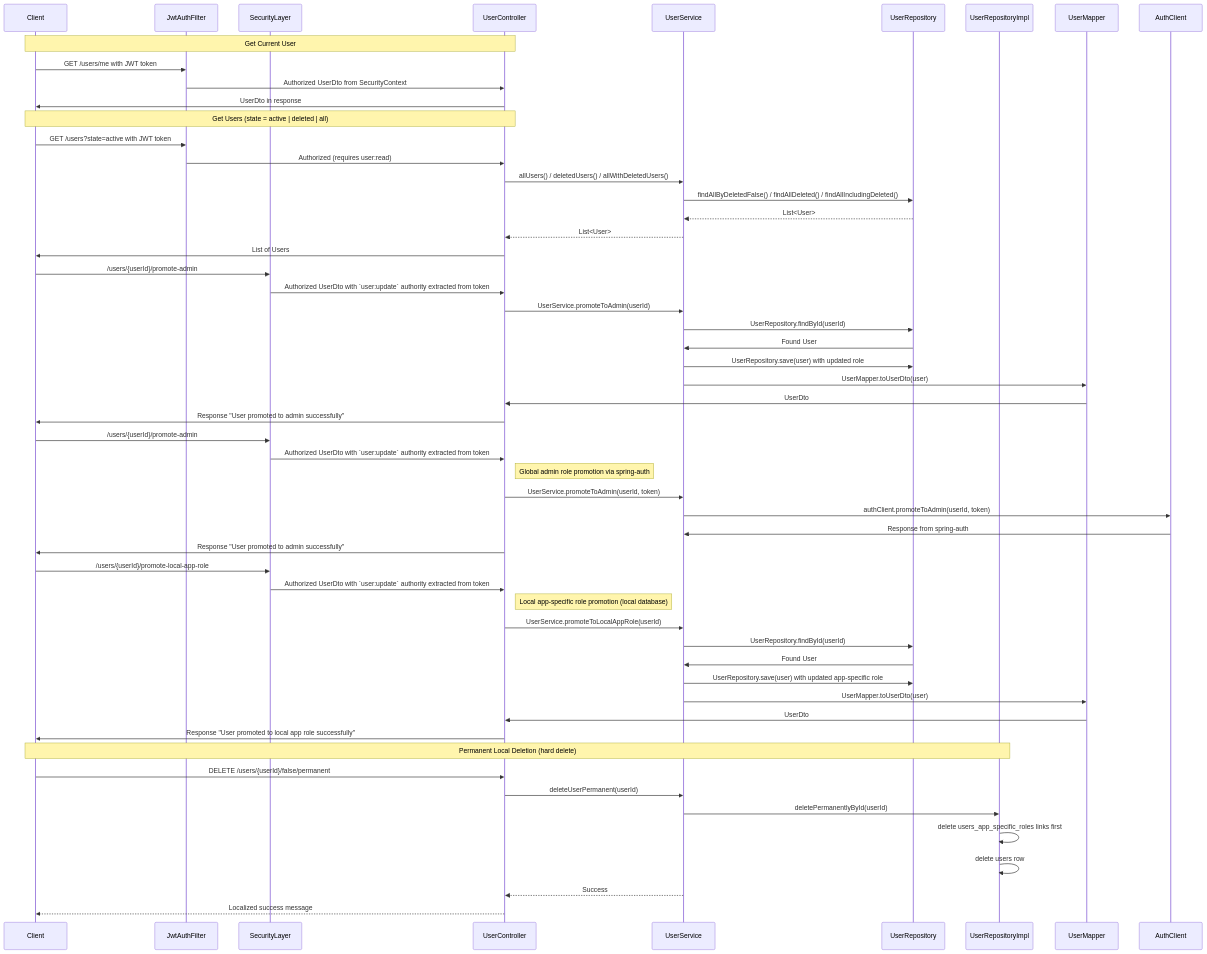
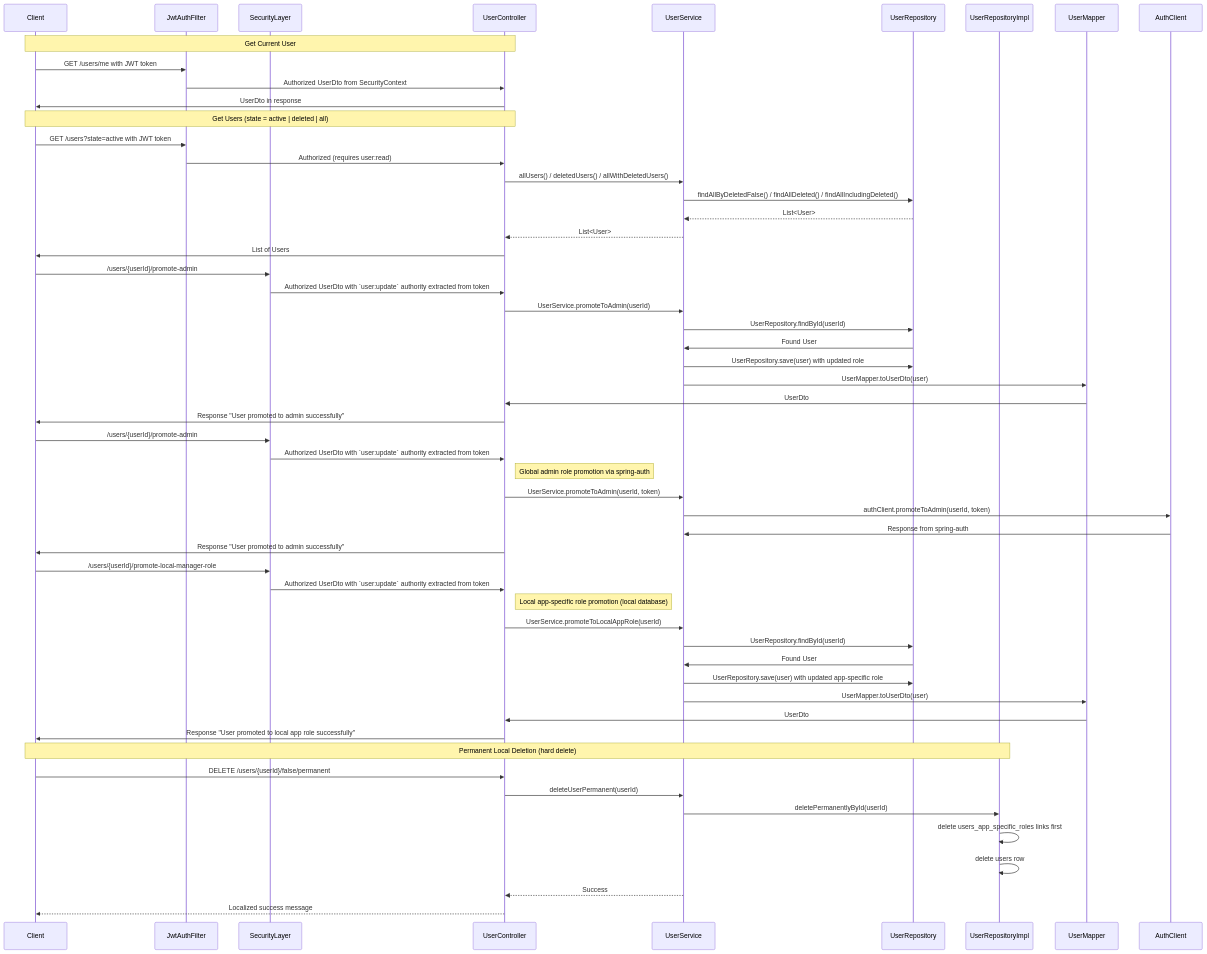
One commit to OrifInformatique/template_frontback changed the sixth of 8 diagrams in docs/process-documentation.md. Above: the diagram before and after it, drawn with Mermaid. The commit also changed 8 other files, not shown here.

Commit message:
refactor(security): define a local manager role instead of "local app role"

````diff
--- a/docs/process-documentation.md
+++ b/docs/process-documentation.md
@@ -306,62 +306,62 @@
 ```mermaid
 sequenceDiagram
     participant Client
     participant JwtAuthFilter
     participant SecurityLayer
     participant UserController
     participant UserService
     participant UserRepository
     participant UserRepositoryImpl
     participant UserMapper
 
     Note over Client,UserController: Get Current User
     Client->>JwtAuthFilter: GET /users/me with JWT token
     JwtAuthFilter->>UserController: Authorized UserDto from SecurityContext
     UserController->>Client: UserDto in response
 
     Note over Client,UserController: Get Users (state = active | deleted | all)
     Client->>JwtAuthFilter: GET /users?state=active with JWT token
     JwtAuthFilter->>UserController: Authorized (requires user:read)
     UserController->>UserService: allUsers() / deletedUsers() / allWithDeletedUsers()
     UserService->>UserRepository: findAllByDeletedFalse() / findAllDeleted() / findAllIncludingDeleted()
     UserRepository-->>UserService: List<User>
     UserService-->>UserController: List<User>
     UserController->>Client: List of Users
 
     Client->>SecurityLayer: /users/{userId}/promote-admin
     SecurityLayer->>UserController: Authorized UserDto with `user:update` authority extracted from token
     UserController->>UserService: UserService.promoteToAdmin(userId)
     UserService->>UserRepository: UserRepository.findById(userId)
     UserRepository->>UserService: Found User
     UserService->>UserRepository: UserRepository.save(user) with updated role
     UserService->>UserMapper: UserMapper.toUserDto(user)
     UserMapper->>UserController: UserDto
     UserController->>Client: Response "User promoted to admin successfully"
     Client->>SecurityLayer: /users/{userId}/promote-admin
     SecurityLayer->>UserController: Authorized UserDto with `user:update` authority extracted from token
     note right of UserController: Global admin role promotion via spring-auth
     UserController->>UserService: UserService.promoteToAdmin(userId, token)
     UserService->>AuthClient: authClient.promoteToAdmin(userId, token)
     AuthClient->>UserService: Response from spring-auth
     UserController->>Client: Response "User promoted to admin successfully"
 
-    Client->>SecurityLayer: /users/{userId}/promote-local-app-role
+    Client->>SecurityLayer: /users/{userId}/promote-local-manager-role
     SecurityLayer->>UserController: Authorized UserDto with `user:update` authority extracted from token
     note right of UserController: Local app-specific role promotion (local database)
     UserController->>UserService: UserService.promoteToLocalAppRole(userId)
     UserService->>UserRepository: UserRepository.findById(userId)
     UserRepository->>UserService: Found User
     UserService->>UserRepository: UserRepository.save(user) with updated app-specific role
     UserService->>UserMapper: UserMapper.toUserDto(user)
     UserMapper->>UserController: UserDto
     UserController->>Client: Response "User promoted to local app role successfully"
 
     Note over Client,UserRepositoryImpl: Permanent Local Deletion (hard delete)
     Client->>UserController: DELETE /users/{userId}/false/permanent
     UserController->>UserService: deleteUserPermanent(userId)
     UserService->>UserRepositoryImpl: deletePermanentlyById(userId)
     UserRepositoryImpl->>UserRepositoryImpl: delete users_app_specific_roles links first
     UserRepositoryImpl->>UserRepositoryImpl: delete users row
     UserService-->>UserController: Success
     UserController-->>Client: Localized success message
 ```
````
